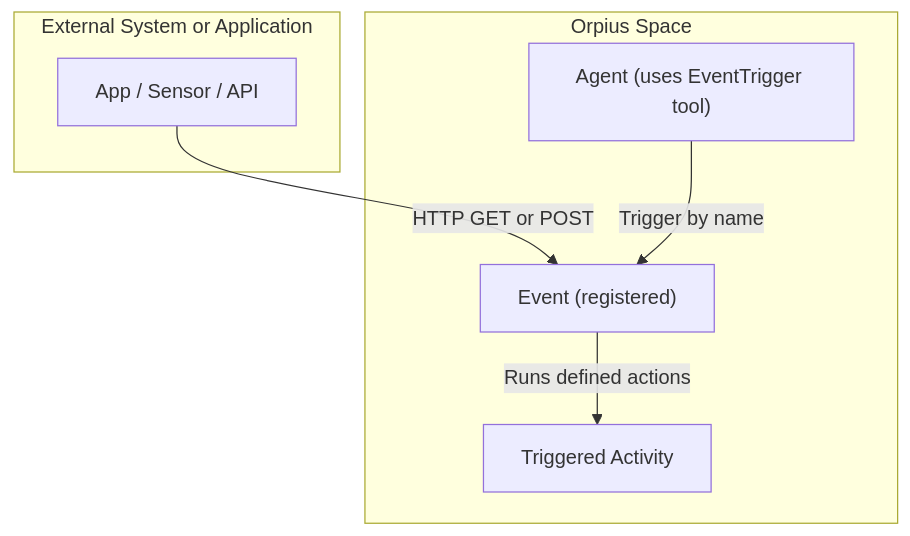
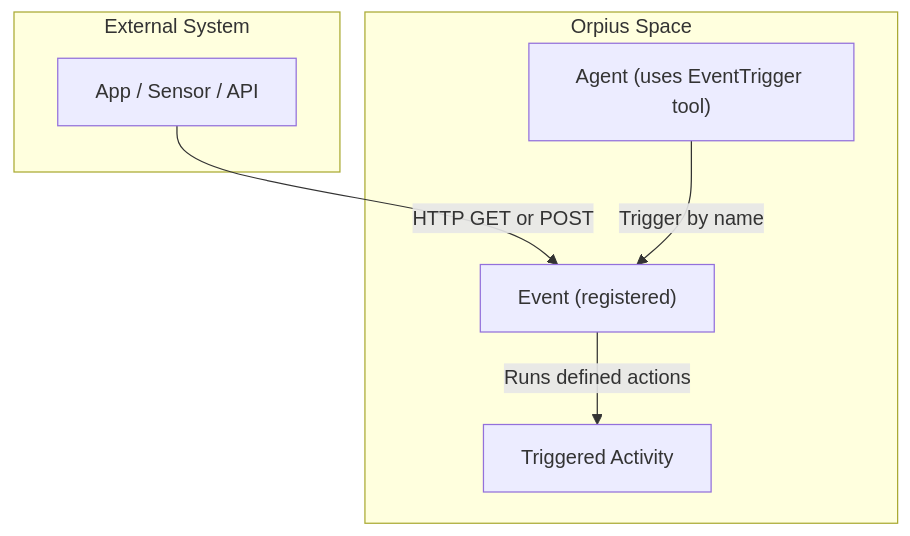
One commit to Orpius/SDK changed the ninth of 13 diagrams in docs/UserGuide/index.md. Above: the diagram before and after it, drawn with Mermaid. The commit also changed other lines of this file, not shown here.

Commit message:
Shorten some diagram titles.

````diff
--- a/docs/UserGuide/index.md
+++ b/docs/UserGuide/index.md
@@ -960,16 +960,16 @@
 ```mermaid
 flowchart TB
-  subgraph External["External System or Application"]
+  subgraph External["External System"]
     ext["App / Sensor / API"]
   end
 
   subgraph Space["Orpius Space"]
     agentNode["Agent (uses EventTrigger tool)"]
     eventNode["Event (registered)"]
     activityNode["Triggered Activity"]
   end
 
   ext -->|HTTP GET or POST| eventNode
   agentNode -->|Trigger by name| eventNode
   eventNode -->|Runs defined actions| activityNode
 ```
````
